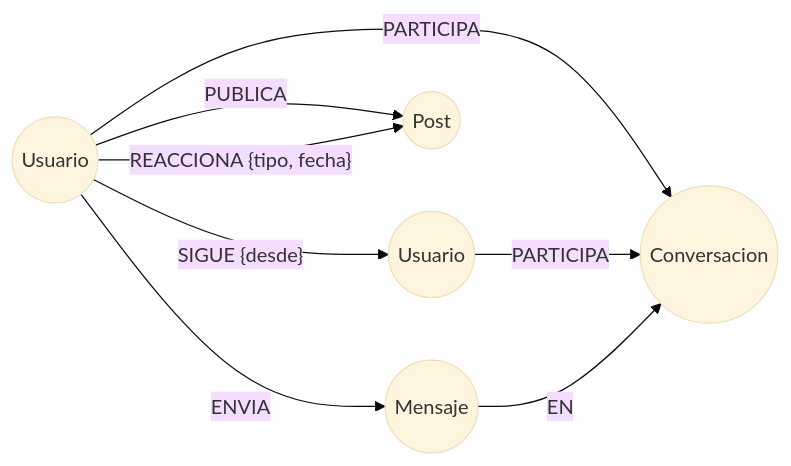
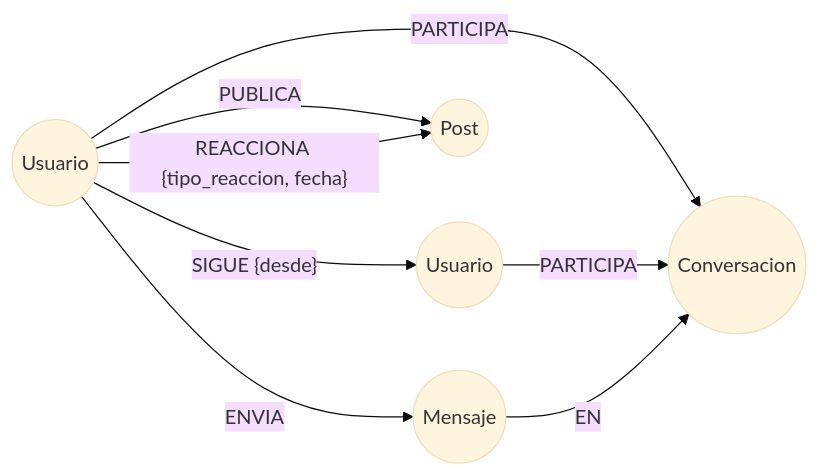
The diagram in docs/modelo-grafo.md (SaidJuniorProgrammer/red-social-distribuida), drawn with Mermaid (base theme) before and after one commit. The commit also changed other lines of this file and 2 other files, not shown here.

First line of the commit message:
Documenta modelo en README y renombra reaccion a tipo_reaccion (issue #7)

````diff
--- a/docs/modelo-grafo.md
+++ b/docs/modelo-grafo.md
@@ -18,16 +18,16 @@
 ```mermaid
 graph LR
     U1(("Usuario"))
     U2(("Usuario"))
     P(("Post"))
     C(("Conversacion"))
     M(("Mensaje"))
 
     U1 -- "SIGUE {desde}" --> U2
     U1 -- "PUBLICA" --> P
-    U1 -- "REACCIONA {tipo, fecha}" --> P
+    U1 -- "REACCIONA {tipo_reaccion, fecha}" --> P
     U1 -- "PARTICIPA" --> C
     U2 -- "PARTICIPA" --> C
     U1 -- "ENVIA" --> M
     M  -- "EN" --> C
 ```
````
